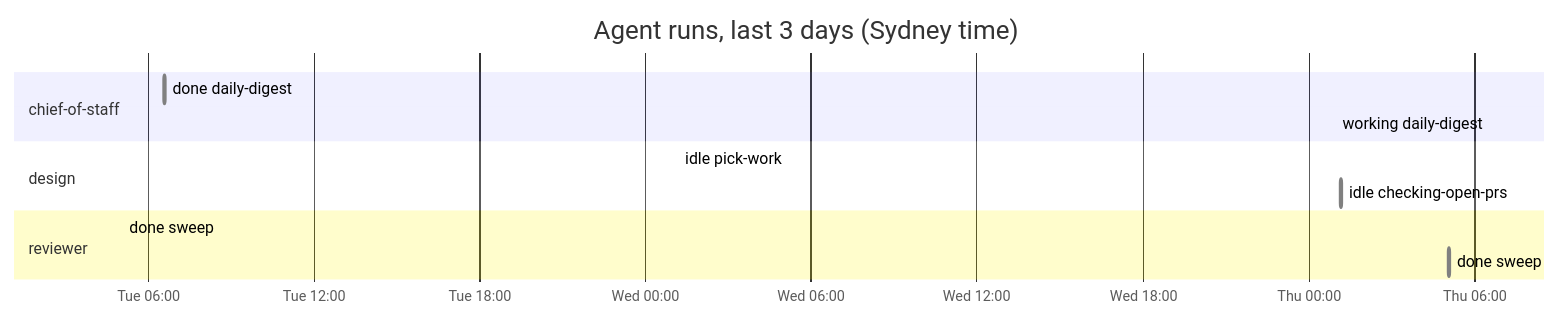
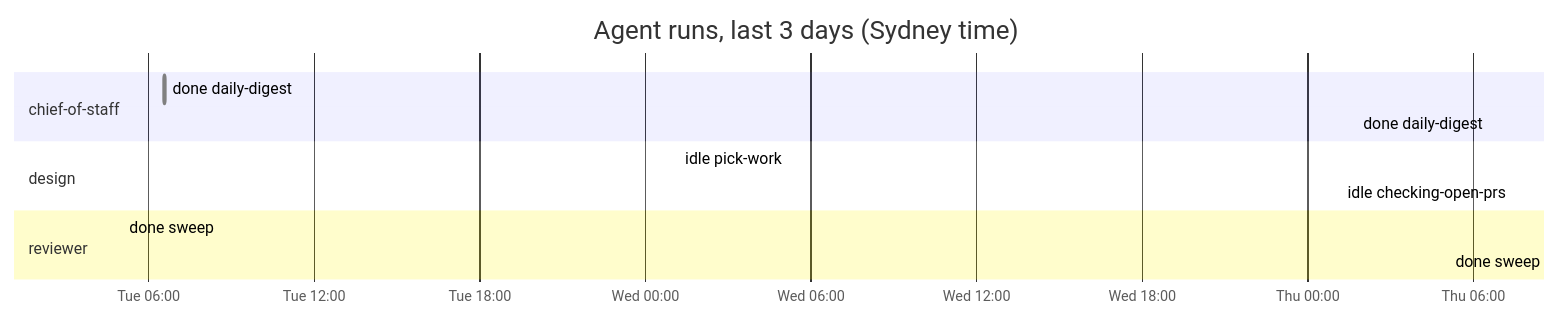
The diagram in dashboard.md (roulmediateam-byte/fifteen-expert-hq), drawn with Mermaid before and after one commit. The commit also changed other lines of this file and 1 other file, not shown here.

````diff
--- a/dashboard.md
+++ b/dashboard.md
@@ -37,15 +38,15 @@
 ```mermaid
 gantt
     title Agent runs, last 3 days (Sydney time)
     dateFormat YYYY-MM-DD HH:mm
     axisFormat %a %H:%M
     section chief-of-staff
     done daily-digest :done, 2026-11-10 06:35, 2026-11-10 06:37
-    working daily-digest :active, 2026-11-12 06:35, 2026-11-12 06:35
+    done daily-digest :done, 2026-11-12 06:35, 2026-11-12 06:36
     section design
     idle pick-work :done, 2026-11-11 01:12, 2026-11-11 01:12
     idle checking-open-prs :done, 2026-11-12 01:11, 2026-11-12 01:12
     section reviewer
     done sweep :done, 2026-11-10 05:04, 2026-11-10 05:05
     done sweep :done, 2026-11-12 05:05, 2026-11-12 05:06
 ```
````
